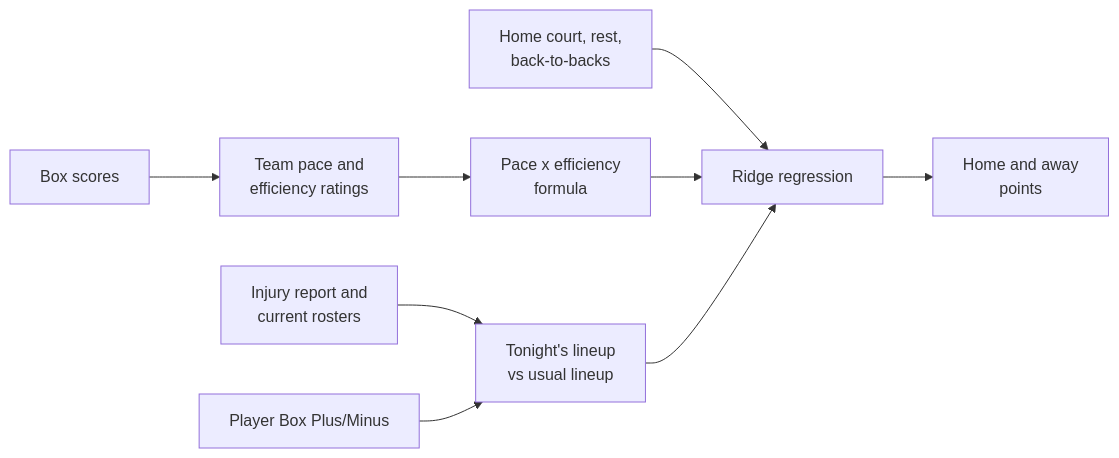
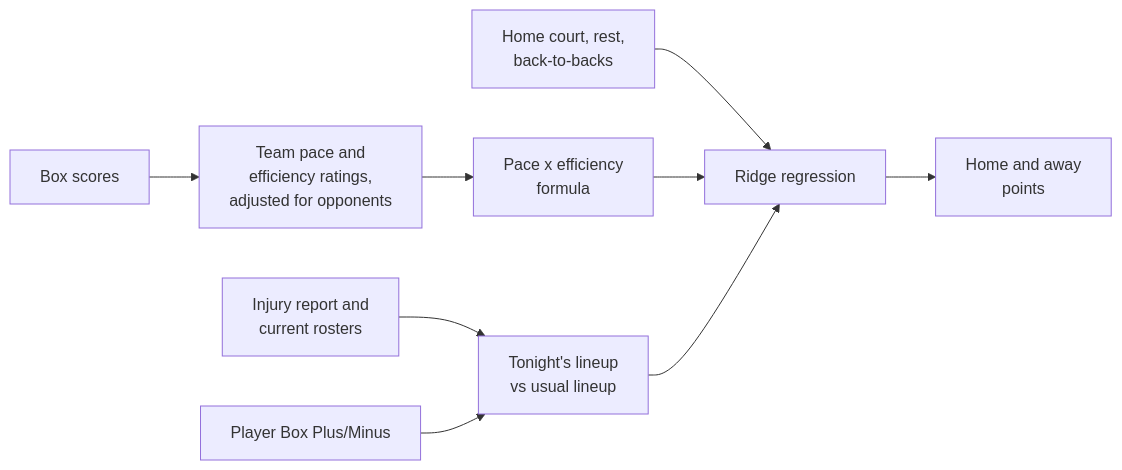
Before and after one commit to szroccia/nba-score-model: the diagram in README.md, drawn with Mermaid. The commit also changed other lines of this file and 19 other files, not shown here.

````diff
--- a/README.md
+++ b/README.md
@@ -22,11 +22,11 @@
 ```mermaid
 flowchart LR
-    A[Box scores] --> B[Team pace and<br/>efficiency ratings]
+    A[Box scores] --> B[Team pace and<br/>efficiency ratings,<br/>adjusted for opponents]
     B --> C[Pace x efficiency<br/>formula]
     D[Injury report and<br/>current rosters] --> E[Tonight's lineup<br/>vs usual lineup]
     F[Player Box Plus/Minus] --> E
     G[Home court, rest,<br/>back-to-backs] --> H
     C --> H[Ridge regression]
     E --> H
     H --> I[Home and away<br/>points]
 ```
````
